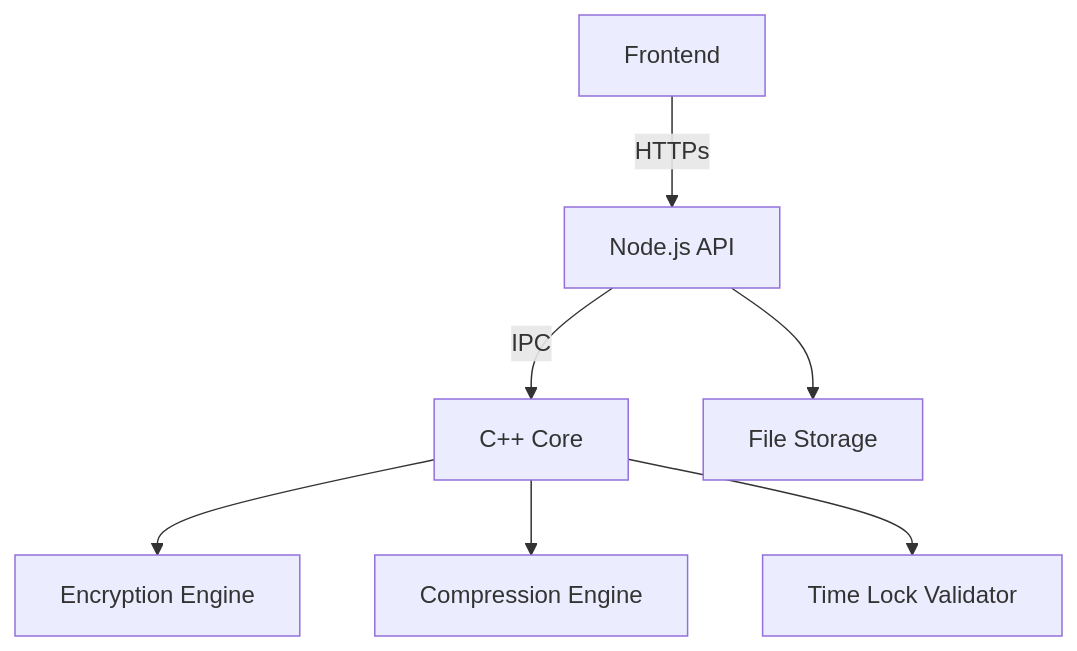
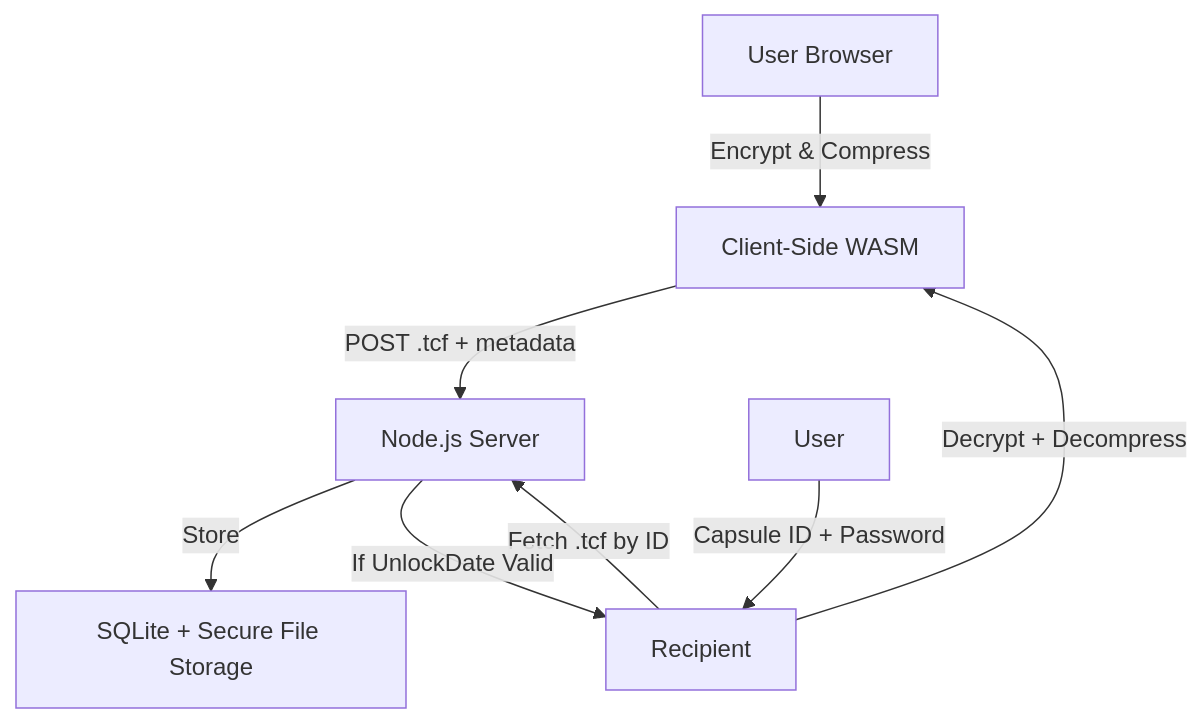
The diagram in README.md (Riyans13h/Time_Capsule_File_Locker), drawn with Mermaid before and after one commit. The commit also changed other lines of this file, not shown here.

`````diff
--- a/README.md
+++ b/README.md
@@ -59,9 +65,10 @@
 ```mermaid
 graph TD
-    A[Frontend] -->|HTTPs| B[Node.js API]
-    B -->|IPC| C[C++ Core]
-    C --> D[Encryption Engine]
-    C --> E[Compression Engine]
-    C --> F[Time Lock Validator]
-    B --> G[File Storage]
-```
+    A[User Browser] -->|Encrypt & Compress| B[Client-Side WASM]
+    B -->|POST .tcf + metadata| C[Node.js Server]
+    C -->|Store| D[SQLite + Secure File Storage]
+    User -->|Capsule ID + Password| E[Recipient]
+    E -->|Fetch .tcf by ID| C
+    C -->|If UnlockDate Valid| E
+    E -->|Decrypt + Decompress| B
+````
`````
